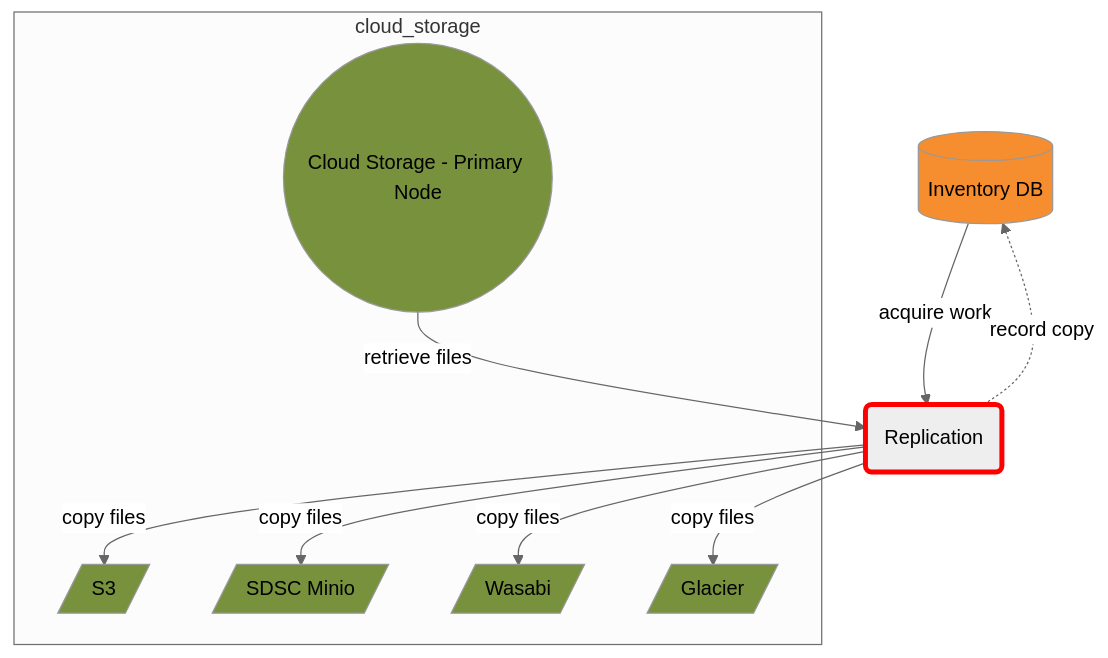
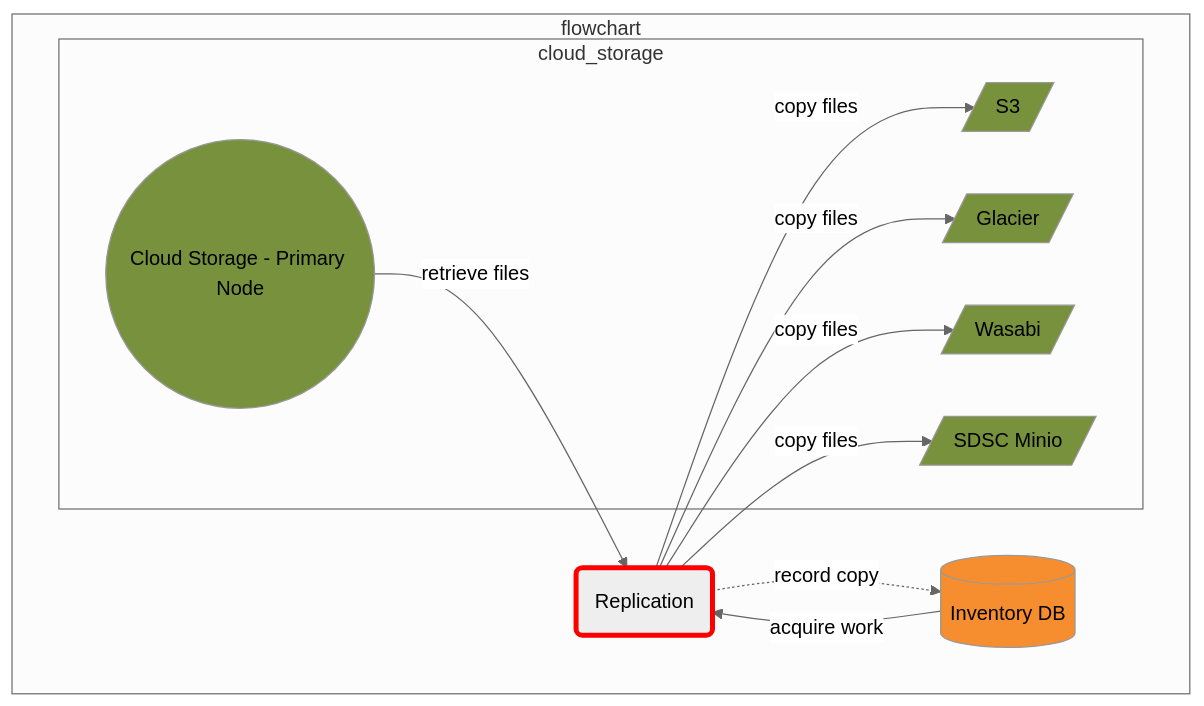
Before and after one commit to CDLUC3/mrt-doc: the diagram in diagrams/replic.mmd, drawn with Mermaid. The commit also changed 34 other files, not shown here.

```diff
--- a/diagrams/replic.mmd
+++ b/diagrams/replic.mmd
@@ -1,29 +1,30 @@
 %%{init: {'theme': 'neutral'}}%%
 graph TD
   RDS[(Inventory DB)]
   REPLIC(Replication)
 
-  subgraph cloud_storage
-    CLOUD(("Cloud Storage - Primary Node"))
-    CLDS3[/S3/]
-    CLDSDSC[/SDSC Minio/]
-    CLDWAS[/Wasabi/]
-    CLDGLC[/Glacier/]
+  subgraph flowchart
+    subgraph cloud_storage
+      CLOUD(("Cloud Storage - Primary Node"))
+      CLDS3[/S3/]
+      CLDSDSC[/SDSC Minio/]
+      CLDWAS[/Wasabi/]
+      CLDGLC[/Glacier/]
+    end
+
+    RDS --> |acquire work| REPLIC
+    CLOUD --> |retrieve files| REPLIC
+    REPLIC --> |copy files| CLDS3
+    REPLIC --> |copy files| CLDGLC
+    REPLIC --> |copy files| CLDWAS
+    REPLIC --> |copy files| CLDSDSC
+    REPLIC -.-> |record copy| RDS
   end
-
-  RDS --> |acquire work| REPLIC
-  CLOUD --> |retrieve files| REPLIC
-  REPLIC --> |copy files| CLDS3
-  REPLIC --> |copy files| CLDGLC
-  REPLIC --> |copy files| CLDWAS
-  REPLIC --> |copy files| CLDSDSC
-  REPLIC -.-> |record copy| RDS
-
   style CLOUD fill:#77913C
   style CLDS3 fill:#77913C
   style CLDGLC fill:#77913C
   style CLDSDSC fill:#77913C
   style CLDWAS fill:#77913C
   style RDS fill:#F68D2F
 
   style REPLIC stroke:red,stroke-width:4px
```
